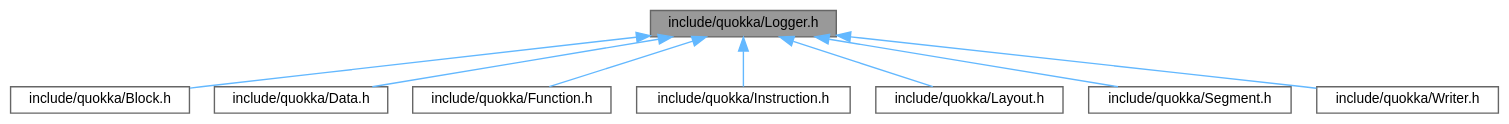
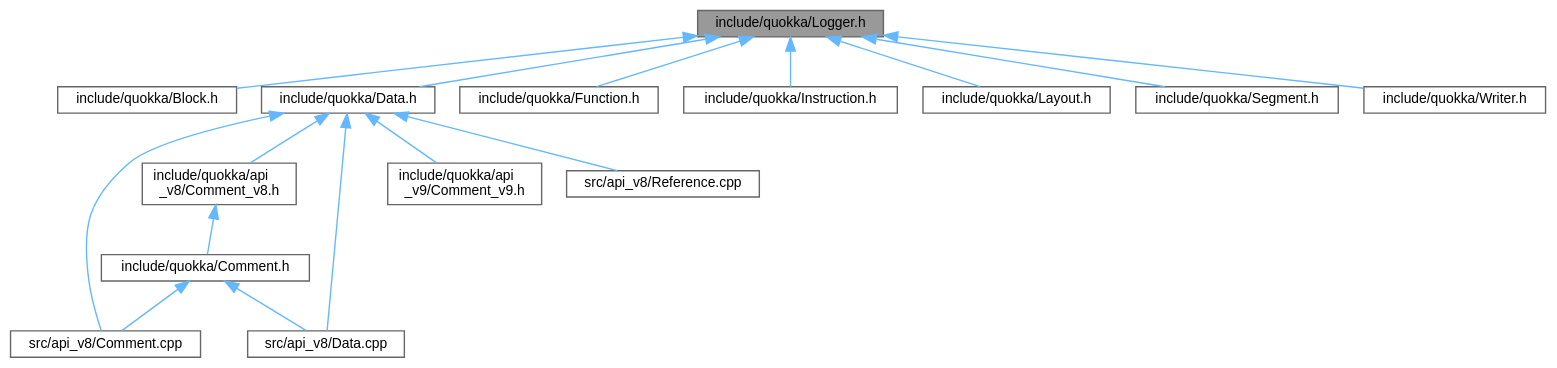
One commit to quarkslab/quokka changed the diagram in reference/cpp/Logger_8h__dep__incl.dot. Above: the diagram before and after it, drawn with Graphviz. The commit also changed 83 other files, not shown here.

```diff
--- a/reference/cpp/Logger_8h__dep__incl.dot
+++ b/reference/cpp/Logger_8h__dep__incl.dot
@@ -1,22 +1,36 @@
 digraph "include/quokka/Logger.h"
 {
  // LATEX_PDF_SIZE
   bgcolor="transparent";
   edge [fontname=Helvetica,fontsize=10,labelfontname=Helvetica,labelfontsize=10];
   node [fontname=Helvetica,fontsize=10,shape=box,height=0.2,width=0.4];
   Node1 [id="Node000001",label="include/quokka/Logger.h",height=0.2,width=0.4,color="gray40", fillcolor="grey60", style="filled", fontcolor="black",tooltip=" "];
   Node1 -> Node2 [id="edge1_Node000001_Node000002",dir="back",color="steelblue1",style="solid",tooltip=" "];
   Node2 [id="Node000002",label="include/quokka/Block.h",height=0.2,width=0.4,color="grey40", fillcolor="white", style="filled",URL="$Block_8h.html",tooltip=" "];
   Node1 -> Node3 [id="edge2_Node000001_Node000003",dir="back",color="steelblue1",style="solid",tooltip=" "];
   Node3 [id="Node000003",label="include/quokka/Data.h",height=0.2,width=0.4,color="grey40", fillcolor="white", style="filled",URL="$Data_8h.html",tooltip=" "];
-  Node1 -> Node4 [id="edge3_Node000001_Node000004",dir="back",color="steelblue1",style="solid",tooltip=" "];
-  Node4 [id="Node000004",label="include/quokka/Function.h",height=0.2,width=0.4,color="grey40", fillcolor="white", style="filled",URL="$Function_8h.html",tooltip=" "];
-  Node1 -> Node5 [id="edge4_Node000001_Node000005",dir="back",color="steelblue1",style="solid",tooltip=" "];
-  Node5 [id="Node000005",label="include/quokka/Instruction.h",height=0.2,width=0.4,color="grey40", fillcolor="white", style="filled",URL="$Instruction_8h.html",tooltip=" "];
-  Node1 -> Node6 [id="edge5_Node000001_Node000006",dir="back",color="steelblue1",style="solid",tooltip=" "];
-  Node6 [id="Node000006",label="include/quokka/Layout.h",height=0.2,width=0.4,color="grey40", fillcolor="white", style="filled",URL="$Layout_8h.html",tooltip=" "];
-  Node1 -> Node7 [id="edge6_Node000001_Node000007",dir="back",color="steelblue1",style="solid",tooltip=" "];
-  Node7 [id="Node000007",label="include/quokka/Segment.h",height=0.2,width=0.4,color="grey40", fillcolor="white", style="filled",URL="$Segment_8h.html",tooltip=" "];
-  Node1 -> Node8 [id="edge7_Node000001_Node000008",dir="back",color="steelblue1",style="solid",tooltip=" "];
-  Node8 [id="Node000008",label="include/quokka/Writer.h",height=0.2,width=0.4,color="grey40", fillcolor="white", style="filled",URL="$Writer_8h.html",tooltip=" "];
+  Node3 -> Node4 [id="edge3_Node000003_Node000004",dir="back",color="steelblue1",style="solid",tooltip=" "];
+  Node4 [id="Node000004",label="include/quokka/api\l_v8/Comment_v8.h",height=0.2,width=0.4,color="grey40", fillcolor="white", style="filled",URL="$Comment__v8_8h_source.html",tooltip=" "];
+  Node4 -> Node5 [id="edge4_Node000004_Node000005",dir="back",color="steelblue1",style="solid",tooltip=" "];
+  Node5 [id="Node000005",label="include/quokka/Comment.h",height=0.2,width=0.4,color="grey40", fillcolor="white", style="filled",URL="$Comment_8h.html",tooltip=" "];
+  Node5 -> Node6 [id="edge5_Node000005_Node000006",dir="back",color="steelblue1",style="solid",tooltip=" "];
+  Node6 [id="Node000006",label="src/api_v8/Comment.cpp",height=0.2,width=0.4,color="grey40", fillcolor="white", style="filled",URL="$api__v8_2Comment_8cpp_source.html",tooltip=" "];
+  Node5 -> Node7 [id="edge6_Node000005_Node000007",dir="back",color="steelblue1",style="solid",tooltip=" "];
+  Node7 [id="Node000007",label="src/api_v8/Data.cpp",height=0.2,width=0.4,color="grey40", fillcolor="white", style="filled",URL="$api__v8_2Data_8cpp_source.html",tooltip=" "];
+  Node3 -> Node8 [id="edge7_Node000003_Node000008",dir="back",color="steelblue1",style="solid",tooltip=" "];
+  Node8 [id="Node000008",label="include/quokka/api\l_v9/Comment_v9.h",height=0.2,width=0.4,color="grey40", fillcolor="white", style="filled",URL="$Comment__v9_8h.html",tooltip=" "];
+  Node3 -> Node6 [id="edge8_Node000003_Node000006",dir="back",color="steelblue1",style="solid",tooltip=" "];
+  Node3 -> Node7 [id="edge9_Node000003_Node000007",dir="back",color="steelblue1",style="solid",tooltip=" "];
+  Node3 -> Node9 [id="edge10_Node000003_Node000009",dir="back",color="steelblue1",style="solid",tooltip=" "];
+  Node9 [id="Node000009",label="src/api_v8/Reference.cpp",height=0.2,width=0.4,color="grey40", fillcolor="white", style="filled",URL="$api__v8_2Reference_8cpp_source.html",tooltip=" "];
+  Node1 -> Node10 [id="edge11_Node000001_Node000010",dir="back",color="steelblue1",style="solid",tooltip=" "];
+  Node10 [id="Node000010",label="include/quokka/Function.h",height=0.2,width=0.4,color="grey40", fillcolor="white", style="filled",URL="$Function_8h.html",tooltip=" "];
+  Node1 -> Node11 [id="edge12_Node000001_Node000011",dir="back",color="steelblue1",style="solid",tooltip=" "];
+  Node11 [id="Node000011",label="include/quokka/Instruction.h",height=0.2,width=0.4,color="grey40", fillcolor="white", style="filled",URL="$Instruction_8h.html",tooltip=" "];
+  Node1 -> Node12 [id="edge13_Node000001_Node000012",dir="back",color="steelblue1",style="solid",tooltip=" "];
+  Node12 [id="Node000012",label="include/quokka/Layout.h",height=0.2,width=0.4,color="grey40", fillcolor="white", style="filled",URL="$Layout_8h.html",tooltip=" "];
+  Node1 -> Node13 [id="edge14_Node000001_Node000013",dir="back",color="steelblue1",style="solid",tooltip=" "];
+  Node13 [id="Node000013",label="include/quokka/Segment.h",height=0.2,width=0.4,color="grey40", fillcolor="white", style="filled",URL="$Segment_8h.html",tooltip=" "];
+  Node1 -> Node14 [id="edge15_Node000001_Node000014",dir="back",color="steelblue1",style="solid",tooltip=" "];
+  Node14 [id="Node000014",label="include/quokka/Writer.h",height=0.2,width=0.4,color="grey40", fillcolor="white", style="filled",URL="$Writer_8h.html",tooltip=" "];
 }
```
